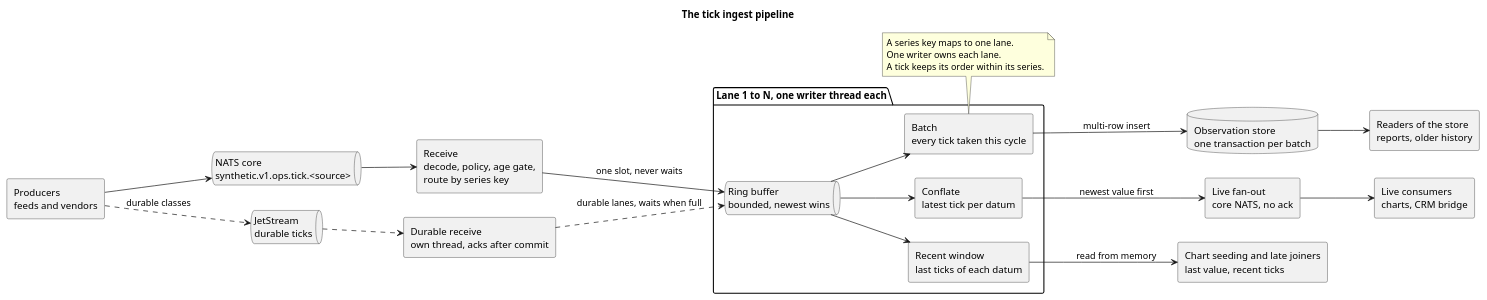
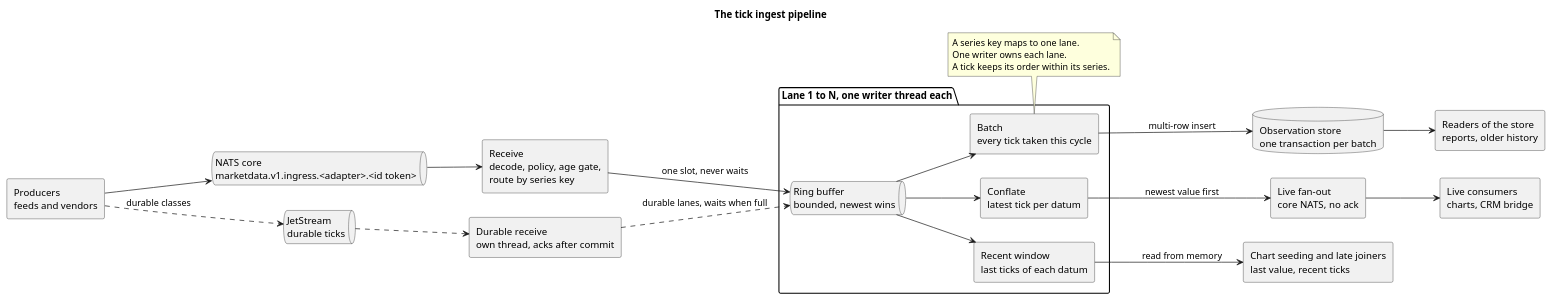
One commit to OreStudio/OreStudio changed the diagram in doc/knowledge/architecture/tick_ingest_pipeline.puml. Above: the diagram before and after it, drawn with PlantUML. The commit also changed 132 other files, not shown here.

```diff
--- a/doc/knowledge/architecture/tick_ingest_pipeline.puml
+++ b/doc/knowledge/architecture/tick_ingest_pipeline.puml
@@ -18,48 +18,48 @@
 @startuml
 
 title The tick ingest pipeline
 
 left to right direction
 skinparam componentStyle rectangle
 
 rectangle "Producers\nfeeds and vendors" as prod
-queue "NATS core\nsynthetic.v1.ops.tick.<source>" as nats
+queue "NATS core\nmarketdata.v1.ingress.<adapter>.<id token>" as nats
 rectangle "Receive\ndecode, policy, age gate,\nroute by series key" as recv
 queue "JetStream\ndurable ticks" as js
 rectangle "Durable receive\nown thread, acks after commit" as drecv
 
 package "Lane 1 to N, one writer thread each" {
     queue "Ring buffer\nbounded, newest wins" as ring
     rectangle "Conflate\nlatest tick per datum" as conf
     rectangle "Recent window\nlast ticks of each datum" as window
     rectangle "Batch\nevery tick taken this cycle" as batch
 }
 
 rectangle "Live fan-out\ncore NATS, no ack" as live
 database "Observation store\none transaction per batch" as db
 rectangle "Live consumers\ncharts, CRM bridge" as cons
 rectangle "Readers of the store\nreports, older history" as readers
 rectangle "Chart seeding and late joiners\nlast value, recent ticks" as seed
 
 prod --> nats
 prod ..> js : durable classes
 js ..> drecv
 drecv ..> ring : durable lanes, waits when full
 nats --> recv
 recv --> ring : one slot, never waits
 ring --> conf
 ring --> window
 ring --> batch
 conf --> live : newest value first
 live --> cons
 batch --> db : multi-row insert
 db --> readers
 window --> seed : read from memory
 
 note bottom of batch
     A series key maps to one lane.
     One writer owns each lane.
     A tick keeps its order within its series.
 end note
 
 @enduml
```
